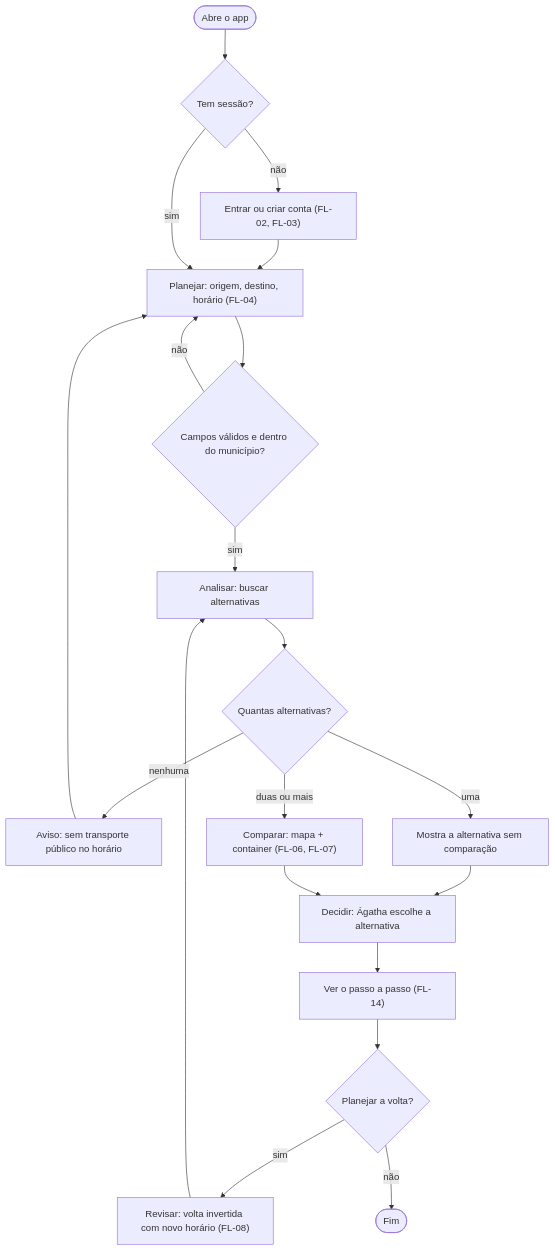
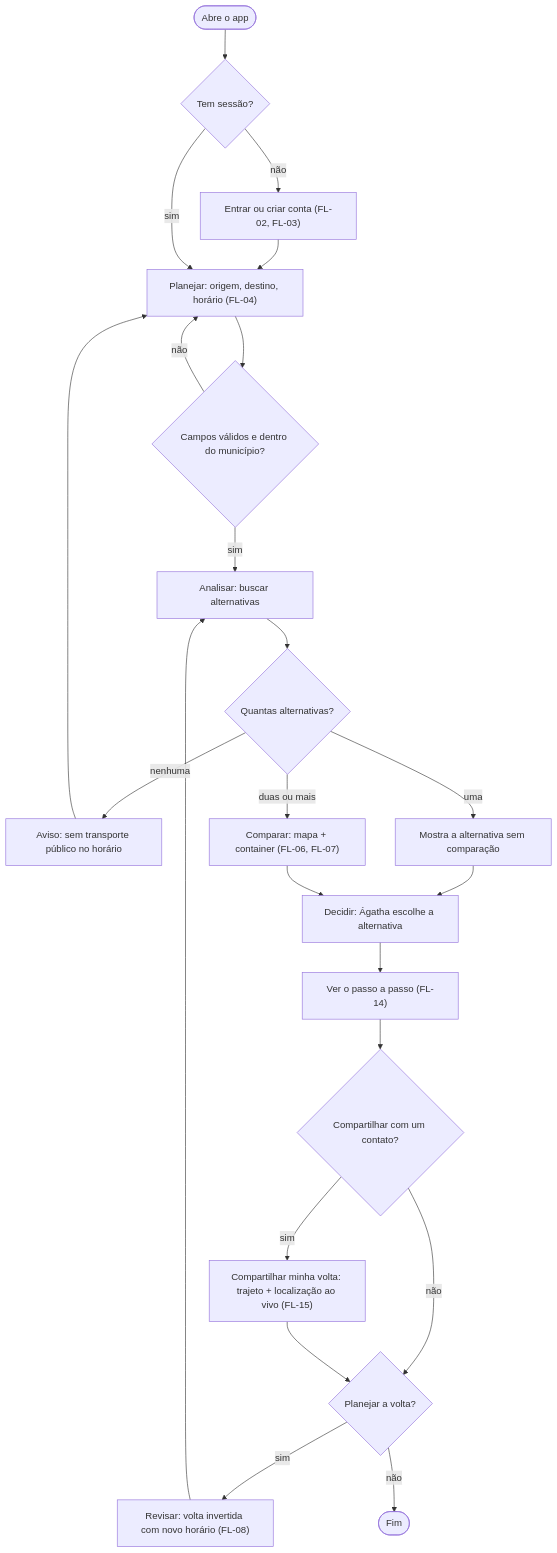
One commit to VoltaSegura/voltasegura changed the diagram in docs/app-map/03_fluxogramas/FL-01_visao_geral.md. Above: the diagram before and after it, drawn with Mermaid. The commit also changed other lines of this file and 6 other files, not shown here.

````diff
--- a/docs/app-map/03_fluxogramas/FL-01_visao_geral.md
+++ b/docs/app-map/03_fluxogramas/FL-01_visao_geral.md
@@ -12,22 +12,25 @@
 ```mermaid
 flowchart TD
     S(["Abre o app"]) --> SES{"Tem sessão?"}
     SES -- "não" --> ENT["Entrar ou criar conta (FL-02, FL-03)"]
     ENT --> PLAN
     SES -- "sim" --> PLAN["Planejar: origem, destino, horário (FL-04)"]
     PLAN --> VAL{"Campos válidos e dentro do município?"}
     VAL -- "não" --> PLAN
     VAL -- "sim" --> BUSCA["Analisar: buscar alternativas"]
     BUSCA --> QTD{"Quantas alternativas?"}
     QTD -- "nenhuma" --> SEM["Aviso: sem transporte público no horário"]
     SEM --> PLAN
     QTD -- "uma" --> UMA["Mostra a alternativa sem comparação"]
     QTD -- "duas ou mais" --> COMP["Comparar: mapa + container (FL-06, FL-07)"]
     UMA --> DEC
     COMP --> DEC["Decidir: Ágatha escolhe a alternativa"]
     DEC --> PASSO["Ver o passo a passo (FL-14)"]
-    PASSO --> VOLTA{"Planejar a volta?"}
+    PASSO --> COMP2{"Compartilhar com um contato?"}
+    COMP2 -- "sim" --> SHARE["Compartilhar minha volta: trajeto + localização ao vivo (FL-15)"]
+    COMP2 -- "não" --> VOLTA
+    SHARE --> VOLTA{"Planejar a volta?"}
     VOLTA -- "sim" --> REV["Revisar: volta invertida com novo horário (FL-08)"]
     REV --> BUSCA
     VOLTA -- "não" --> FIM(["Fim"])
 ```
````
